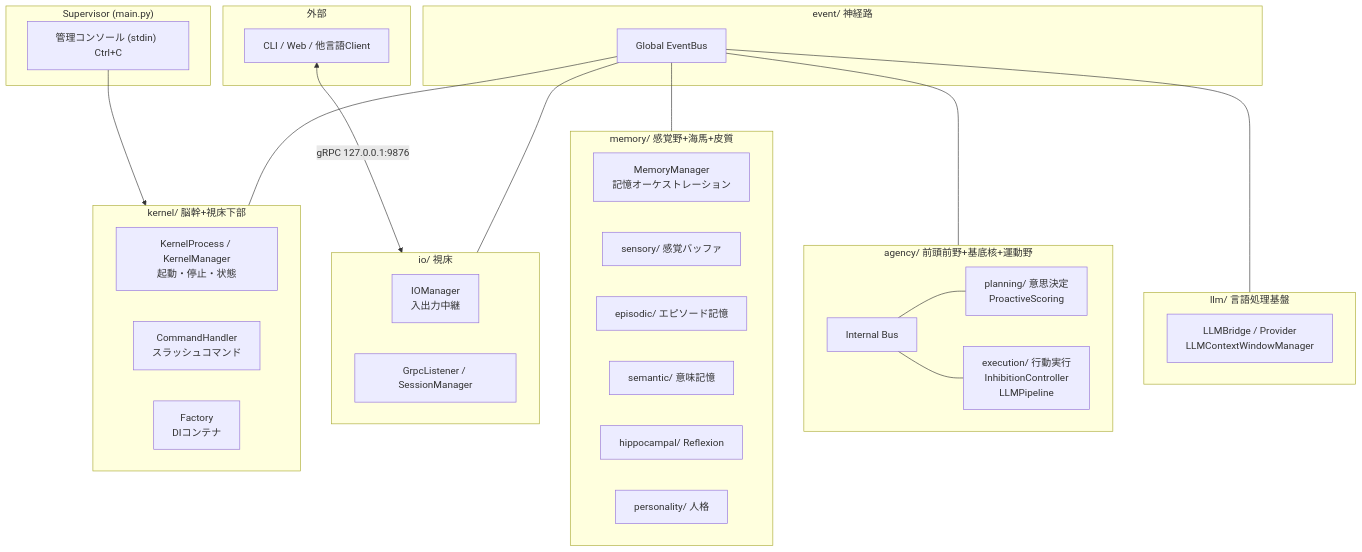
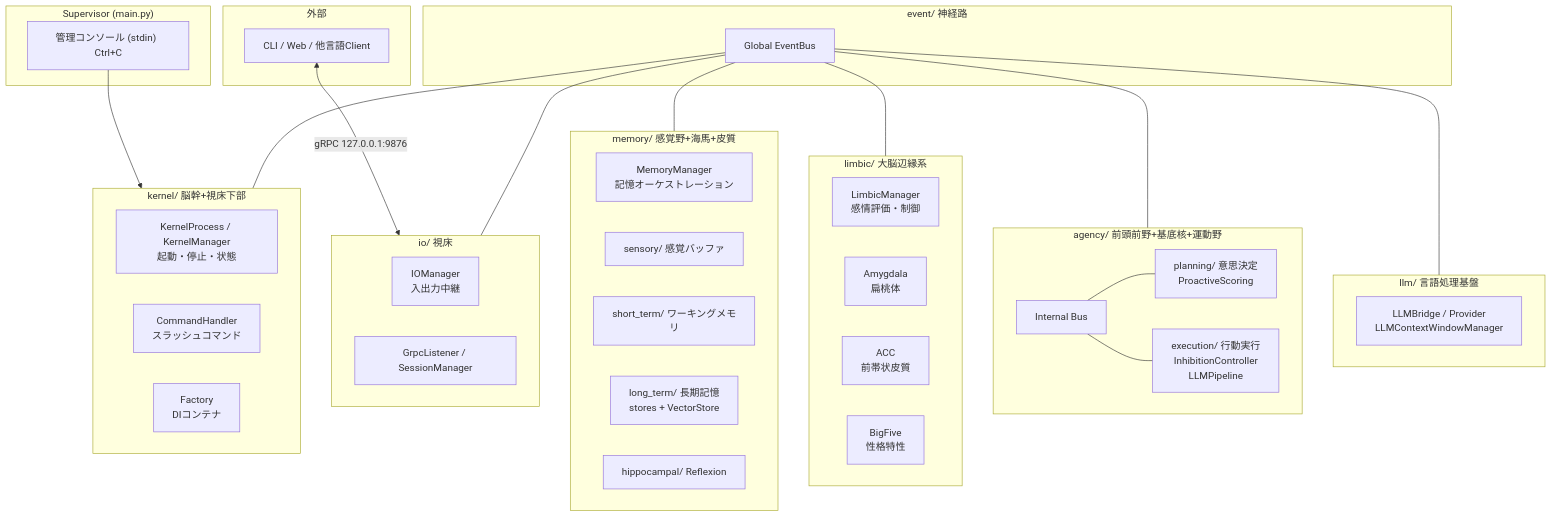
Before and after one commit to ibukani/iris-mind: the first of 2 diagrams in README.md, drawn with Mermaid. The commit also changed other lines of this file and 17 other files, not shown here.

````diff
--- a/README.md
+++ b/README.md
@@ -97,47 +112,53 @@
 ```mermaid
 flowchart TD
     subgraph Supervisor["Supervisor (main.py)"]
         Console["管理コンソール (stdin)  Ctrl+C"]
     end
     subgraph Kernel["kernel/ 脳幹+視床下部"]
         KP["KernelProcess / KernelManager<br/>起動・停止・状態"]
         CMD["CommandHandler<br/>スラッシュコマンド"]
         DI["Factory<br/>DIコンテナ"]
     end
     subgraph IO["io/ 視床"]
         IO_M["IOManager<br/>入出力中継"]
         GRPC["GrpcListener / SessionManager"]
     end
     subgraph Memory["memory/ 感覚野+海馬+皮質"]
         MM["MemoryManager<br/>記憶オーケストレーション"]
         SEN["sensory/ 感覚バッファ"]
-        EP["episodic/ エピソード記憶"]
-        SEM["semantic/ 意味記憶"]
+        STM["short_term/ ワーキングメモリ"]
+        LTM["long_term/ 長期記憶<br/>stores + VectorStore"]
         HIP["hippocampal/ Reflexion"]
-        PER["personality/ 人格"]
+    end
+    subgraph Limbic["limbic/ 大脳辺縁系"]
+        LM["LimbicManager<br/>感情評価・制御"]
+        AMY["Amygdala<br/>扁桃体"]
+        ACC["ACC<br/>前帯状皮質"]
+        BF["BigFive<br/>性格特性"]
     end
     subgraph Agency["agency/ 前頭前野+基底核+運動野"]
         IB["Internal Bus"]
         PL["planning/ 意思決定<br/>ProactiveScoring"]
         EX["execution/ 行動実行<br/>InhibitionController<br/>LLMPipeline"]
     end
     subgraph LLM["llm/ 言語処理基盤"]
         LB["LLMBridge / Provider<br/>LLMContextWindowManager"]
     end
     subgraph Event["event/ 神経路"]
         EB["Global EventBus"]
     end
     subgraph External["外部"]
         CLI["CLI / Web / 他言語Client"]
     end
 
     Console --> Kernel
     CLI <-->|gRPC 127.0.0.1:9876| IO
     EB --- IO
     EB --- Memory
+    EB --- Limbic
     EB --- Agency
     EB --- Kernel
     EB --- LLM
     IB --- PL
     IB --- EX
 ```
````
